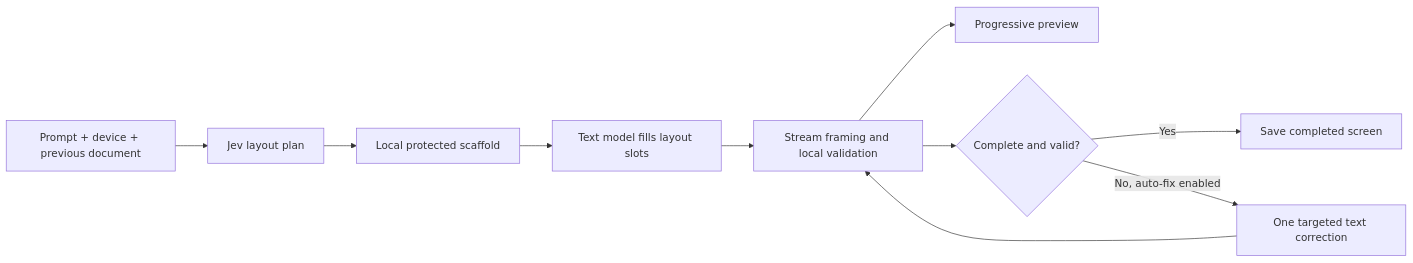
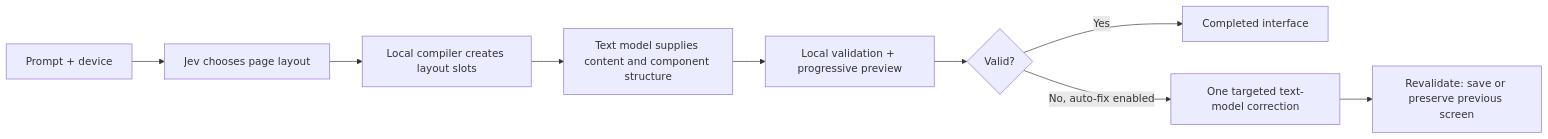
The second of 2 diagrams in README.md (hckmstrrahul/jeverative-ui), drawn with Mermaid before and after one commit. The commit also changed other lines of this file, not shown here.

Commit message:
Rewrite README around Jev-first generation and optional Hybrid

````diff
--- a/README.md
+++ b/README.md
@@ -36,12 +39,11 @@
 ```mermaid
 flowchart LR
-  A[Prompt + device + previous document] --> B[Jev layout plan]
-  B --> C[Local protected scaffold]
-  C --> D[Text model fills layout slots]
-  D --> E[Stream framing and local validation]
-  E --> F[Progressive preview]
-  E --> G{Complete and valid?}
-  G -->|Yes| H[Save completed screen]
-  G -->|No, auto-fix enabled| I[One targeted text correction]
-  I --> E
+  A[Prompt + device] --> B[Jev chooses page layout]
+  B --> C[Local compiler creates layout slots]
+  C --> D[Text model supplies content and component structure]
+  D --> E[Local validation + progressive preview]
+  E --> F{Valid?}
+  F -->|Yes| G[Completed interface]
+  F -->|No, auto-fix enabled| H[One targeted text-model correction]
+  H --> I[Revalidate: save or preserve previous screen]
 ```
````
